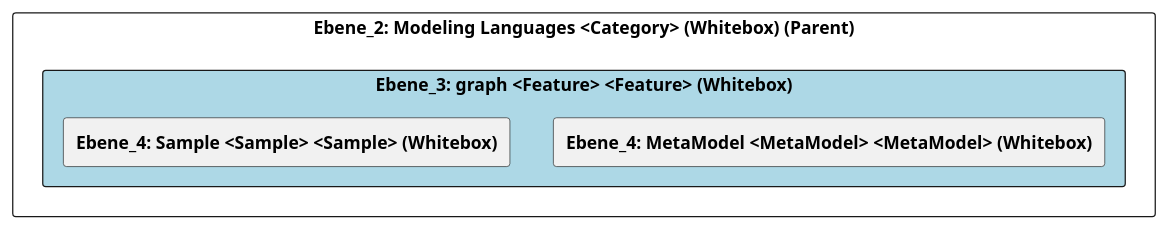
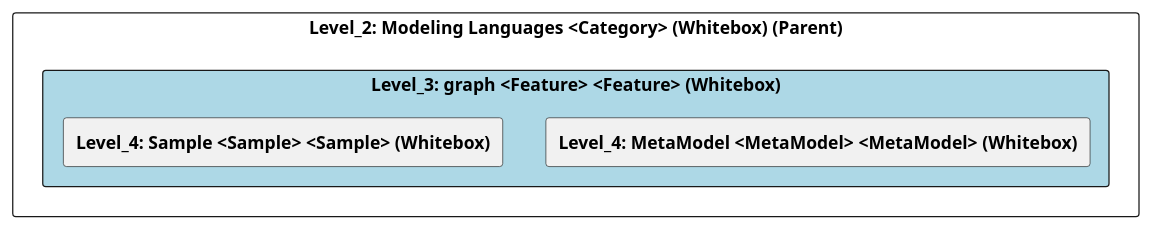
One commit to marcozwyssig/cleon changed the diagram in doc/cleonproject_deliverables_architecture_model_architecture/adoc/de/05_bausteinsicht/cleon/modeling_languages/graph/ebene_3_graph.adoc. Above: the diagram before and after it, drawn with PlantUML. The commit also changed other lines of this file and 83 other files, not shown here.

```diff
--- a/doc/cleonproject_deliverables_architecture_model_architecture/adoc/de/05_bausteinsicht/cleon/modeling_languages/graph/ebene_3_graph.adoc
+++ b/doc/cleonproject_deliverables_architecture_model_architecture/adoc/de/05_bausteinsicht/cleon/modeling_languages/graph/ebene_3_graph.adoc
@@ -20,25 +20,25 @@
-[plantuml, Ebene_3: graph <Feature> <Feature> (Whitebox)BlockOverview, format="svg"]
+[plantuml, Level_3: graph <Feature> <Feature> (Whitebox)BlockOverview, format="svg"]
 ----
-@startuml Ebene_3: graph <Feature> <Feature> (Whitebox)BuildingBlockOverview
+@startuml Level_3: graph <Feature> <Feature> (Whitebox)BuildingBlockOverview
 
 skinparam ranksep 10
 skinparam componentStyle rectangle
 skinparam shadowing false
 skinparam arrowColor lightblue
 skinparam arrowThickness 1.2
 skinparam rectangle {
   BackgroundColor White
   BorderColor #333
   RoundCorner 10
 }
 top to bottom direction
 
-component "Ebene_2: Modeling Languages <Category> (Whitebox) (Parent)" {
-    component "Ebene_3: graph <Feature> <Feature> (Whitebox)" #lightblue {
-        [**Ebene_4: MetaModel <MetaModel> <MetaModel> (Whitebox)**] as 4A570567_D579_11EE_903E_9F564E4DE07E
-        [**Ebene_4: Sample <Sample> <Sample> (Whitebox)**] as 4A56DE50_D579_11EE_903E_9F564E4DE07E
+component "Level_2: Modeling Languages <Category> (Whitebox) (Parent)" {
+    component "Level_3: graph <Feature> <Feature> (Whitebox)" #lightblue {
+        [**Level_4: MetaModel <MetaModel> <MetaModel> (Whitebox)**] as 4A570567_D579_11EE_903E_9F564E4DE07E
+        [**Level_4: Sample <Sample> <Sample> (Whitebox)**] as 4A56DE50_D579_11EE_903E_9F564E4DE07E
     }
 }
 
 @enduml
 ----
```
